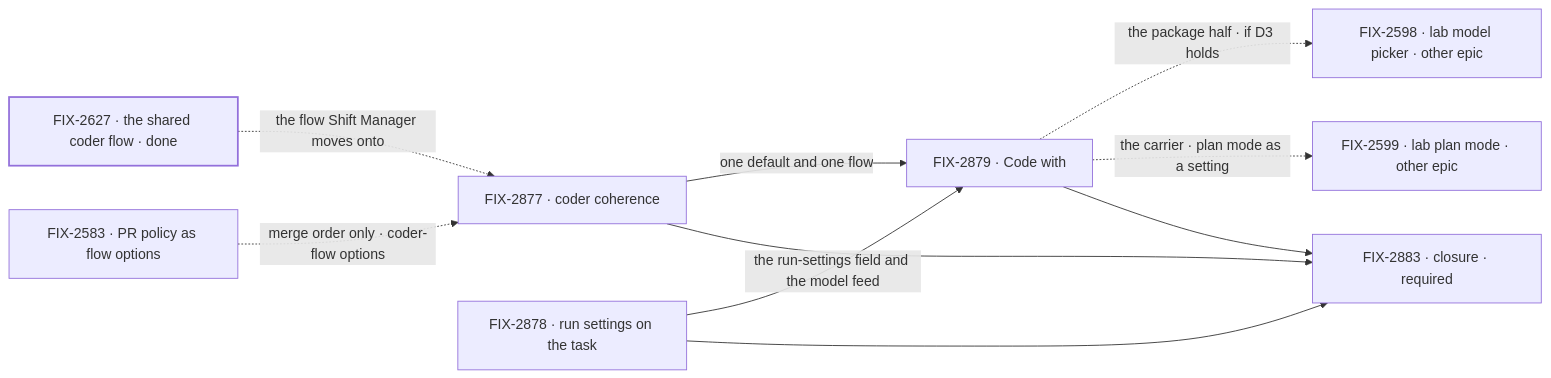
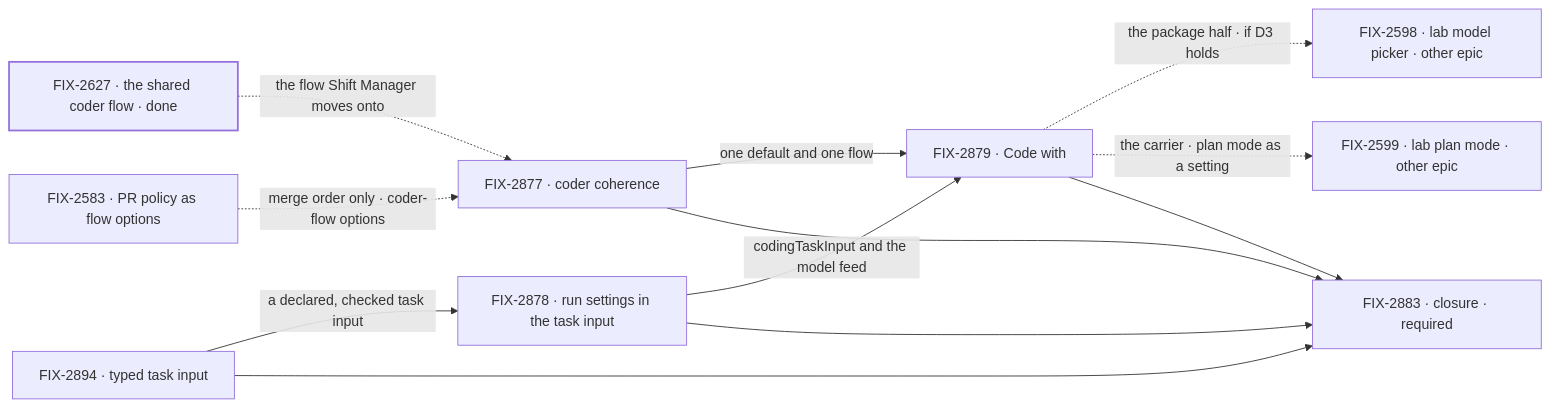
The second of 2 diagrams in specs/epics/FIX-2876/SPEC.md (fixpoint-labs/flow-state-dev), drawn with Mermaid before and after one commit. The commit also changed other lines of this file and 4 other files, not shown here.

````diff
--- a/specs/epics/FIX-2876/SPEC.md
+++ b/specs/epics/FIX-2876/SPEC.md
@@ -86,14 +91,16 @@
 ```mermaid
 flowchart LR
   G["FIX-2627 · the shared coder flow · done"] -.->|"the flow Shift Manager moves onto"| A
   Q["FIX-2583 · PR policy as flow options"] -.->|"merge order only · coder-flow options"| A
+  T["FIX-2894 · typed task input"] -->|"a declared, checked task input"| B
   A["FIX-2877 · coder coherence"] -->|"one default and one flow"| C["FIX-2879 · Code with"]
-  B["FIX-2878 · run settings on the task"] -->|"the run-settings field and the model feed"| C
+  B["FIX-2878 · run settings in the task input"] -->|"codingTaskInput and the model feed"| C
   C -.->|"the package half · if D3 holds"| L["FIX-2598 · lab model picker · other epic"]
   C -.->|"the carrier · plan mode as a setting"| M["FIX-2599 · lab plan mode · other epic"]
-  A --> Z["FIX-2883 · closure · required"]
+  T --> Z["FIX-2883 · closure · required"]
+  A --> Z
   B --> Z
   C --> Z
   classDef done stroke-width:2px
   class G done
 ```
````
